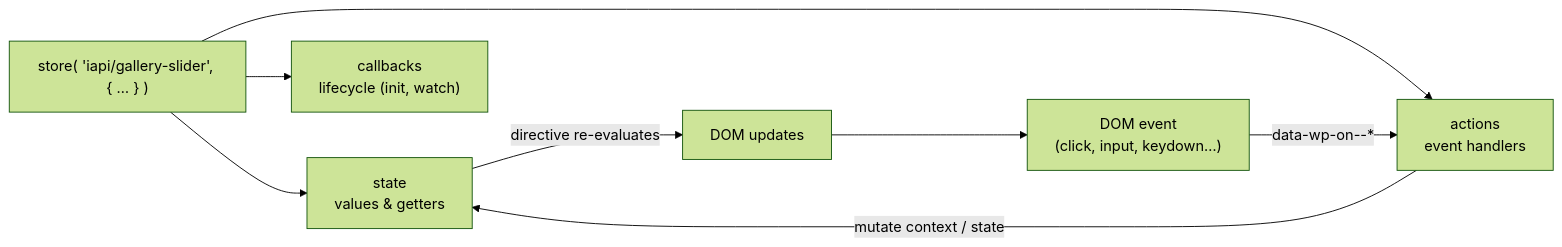
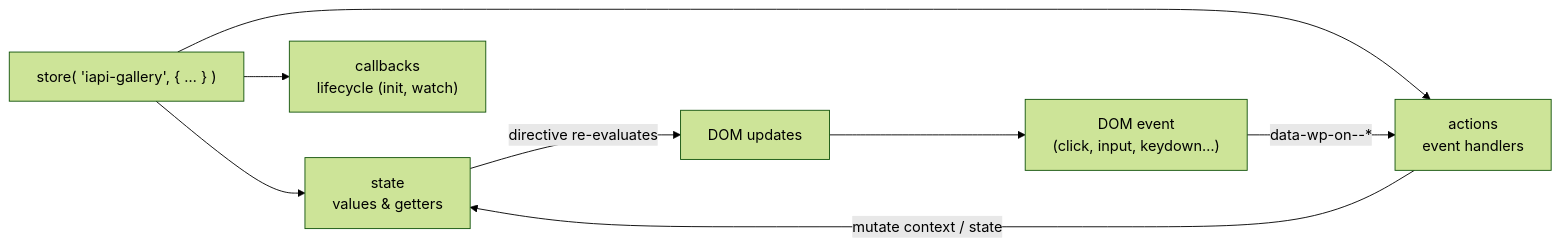
One commit to ryanwelcher/iapi-gallery-slider changed the first of 3 diagrams in workshop-outline/section-4.md. Above: the diagram before and after it, drawn with Mermaid (forest theme). The commit also changed other lines of this file, not shown here.

````diff
--- a/workshop-outline/section-4.md
+++ b/workshop-outline/section-4.md
@@ -29,12 +30,12 @@
 ```mermaid
 flowchart LR
-    Store["store( 'iapi/gallery-slider', { … } )"]
+    Store["store( 'iapi-gallery', { … } )"]
     Store --> State["state<br/>values & getters"]
     Store --> Actions["actions<br/>event handlers"]
     Store --> Callbacks["callbacks<br/>lifecycle (init, watch)"]
 
     Event["DOM event<br/>(click, input, keydown…)"] -->|data-wp-on--*| Actions
     Actions -->|mutate context / state| State
     State -->|directive re-evaluates| DOM["DOM updates"]
     DOM --> Event
 ```
````
